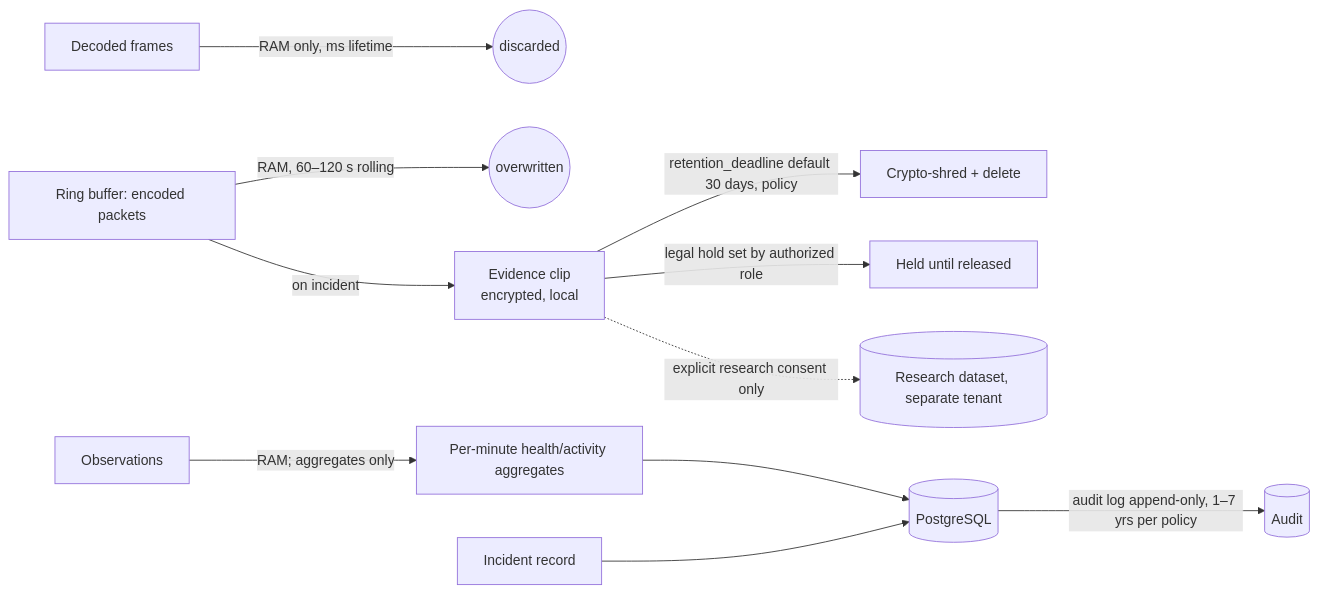
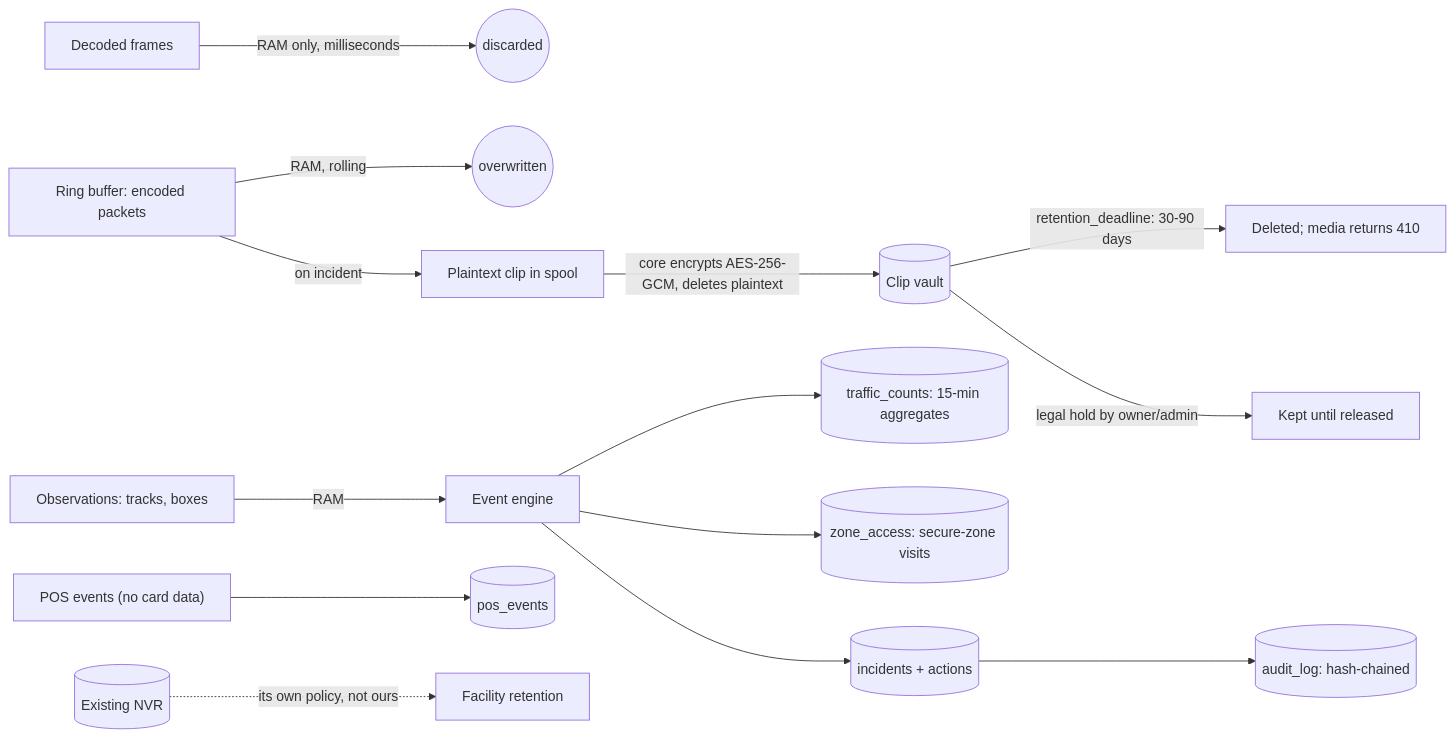
Before and after one commit to harsha7123/ai_camera: the diagram in docs/architecture/diagrams/05-data-retention-lifecycle.md, drawn with Mermaid. The commit also changed other lines of this file and 160 other files, not shown here.

````diff
--- a/docs/architecture/diagrams/05-data-retention-lifecycle.md
+++ b/docs/architecture/diagrams/05-data-retention-lifecycle.md
@@ -5,13 +5,16 @@
 ```mermaid
 flowchart LR
-  F[Decoded frames] -->|RAM only, ms lifetime| X1((discarded))
-  RB[Ring buffer: encoded packets] -->|RAM, 60–120 s rolling| X2((overwritten))
-  RB -->|on incident| CLIP[Evidence clip<br/>encrypted, local]
-  O[Observations] -->|RAM; aggregates only| AGG[Per-minute health/activity aggregates]
-  AGG --> PG[(PostgreSQL)]
-  INC[Incident record] --> PG
-  CLIP -->|retention_deadline default 30 days, policy| DEL[Crypto-shred + delete]
-  CLIP -->|legal hold set by authorized role| HOLD[Held until released]
-  CLIP -.->|explicit research consent only| RES[(Research dataset, separate tenant)]
-  PG -->|audit log append-only, 1–7 yrs per policy| AUD[(Audit)]
+  F["Decoded frames"] -->|"RAM only, milliseconds"| X1(("discarded"))
+  RB["Ring buffer: encoded packets"] -->|"RAM, rolling"| X2(("overwritten"))
+  RB -->|"on incident"| SPOOL["Plaintext clip in spool"]
+  SPOOL -->|"core encrypts AES-256-GCM, deletes plaintext"| VAULT[("Clip vault")]
+  OBS["Observations: tracks, boxes"] -->|"RAM"| ENG["Event engine"]
+  ENG --> AGG[("traffic_counts: 15-min aggregates")]
+  ENG --> ACC[("zone_access: secure-zone visits")]
+  ENG --> INC[("incidents + actions")]
+  POS["POS events (no card data)"] --> PE[("pos_events")]
+  VAULT -->|"retention_deadline: 30-90 days"| DEL["Deleted; media returns 410"]
+  VAULT -->|"legal hold by owner/admin"| HOLD["Kept until released"]
+  INC --> AUD[("audit_log: hash-chained")]
+  NVR[("Existing NVR")] -.->|"its own policy, not ours"| NVRP["Facility retention"]
 ```
````
